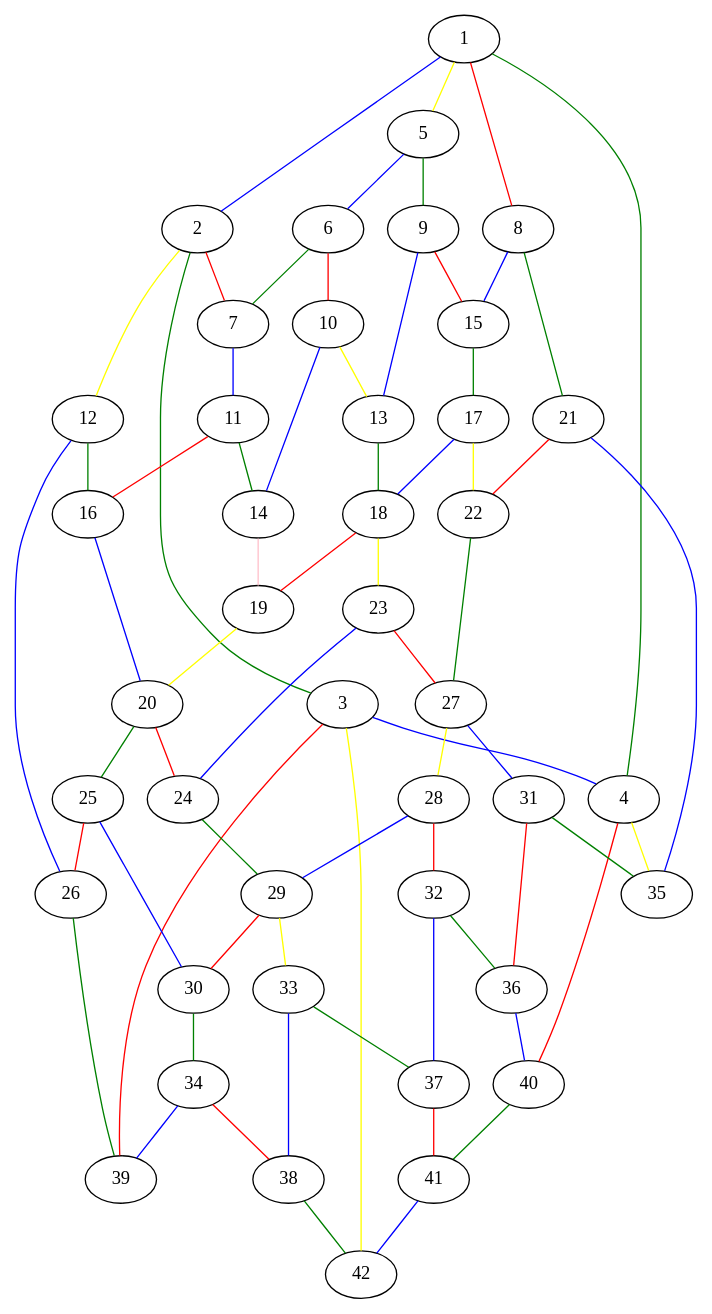
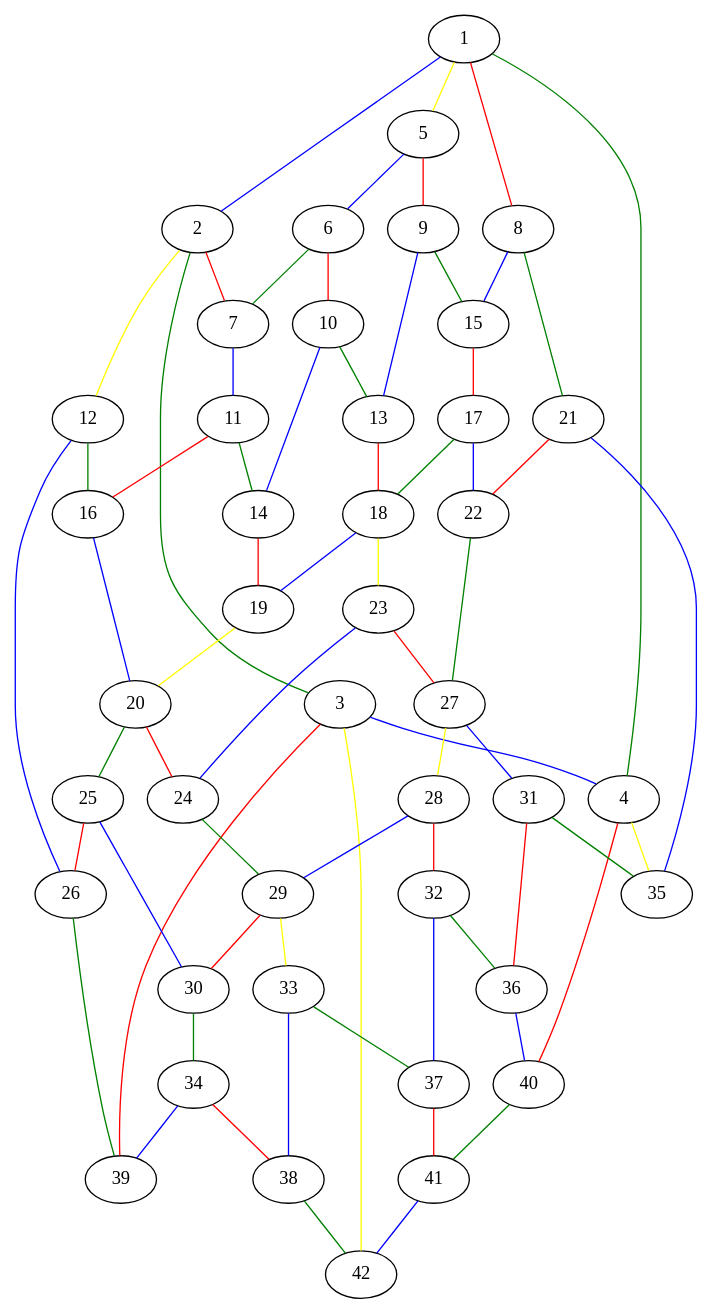
Before and after one commit to andj97/Minimalno_bojenje_grana_grafa: the diagram in solution.gv, drawn with Graphviz. The commit also changed 4 other files, not shown here.

```diff
--- a/solution.gv
+++ b/solution.gv
@@ -1,69 +1,69 @@
 graph G {
 	1 -- 2 [color=blue]
 	2 -- 3 [color=green]
 	3 -- 4 [color=blue]
 	1 -- 4 [color=green]
 	1 -- 8 [color=red]
 	1 -- 5 [color=yellow]
 	2 -- 7 [color=red]
 	2 -- 12 [color=yellow]
 	3 -- 39 [color=red]
 	3 -- 42 [color=yellow]
 	4 -- 40 [color=red]
 	4 -- 35 [color=yellow]
-	16 -- 20 [color=blue]
-	20 -- 25 [color=green]
-	27 -- 31 [color=blue]
-	22 -- 27 [color=green]
-	17 -- 18 [color=blue]
-	13 -- 18 [color=green]
-	18 -- 19 [color=red]
-	19 -- 20 [color=yellow]
-	18 -- 23 [color=yellow]
-	20 -- 24 [color=red]
-	23 -- 27 [color=red]
-	27 -- 28 [color=yellow]
-	28 -- 29 [color=blue]
-	24 -- 29 [color=green]
-	29 -- 30 [color=red]
-	29 -- 33 [color=yellow]
 	5 -- 6 [color=blue]
 	6 -- 7 [color=green]
 	12 -- 26 [color=blue]
 	26 -- 39 [color=green]
 	41 -- 42 [color=blue]
 	40 -- 41 [color=green]
 	21 -- 35 [color=blue]
 	8 -- 21 [color=green]
 	8 -- 15 [color=blue]
-	5 -- 9 [color=green]
+	5 -- 9 [color=red]
 	7 -- 11 [color=blue]
 	12 -- 16 [color=green]
 	34 -- 39 [color=blue]
 	38 -- 42 [color=green]
 	36 -- 40 [color=blue]
 	31 -- 35 [color=green]
 	6 -- 10 [color=red]
 	25 -- 26 [color=red]
 	37 -- 41 [color=red]
 	21 -- 22 [color=red]
-	17 -- 22 [color=yellow]
-	9 -- 15 [color=red]
+	17 -- 22 [color=blue]
+	9 -- 15 [color=green]
 	9 -- 13 [color=blue]
-	10 -- 13 [color=yellow]
+	10 -- 13 [color=green]
 	10 -- 14 [color=blue]
 	11 -- 14 [color=green]
 	11 -- 16 [color=red]
+	16 -- 20 [color=blue]
+	20 -- 25 [color=green]
 	25 -- 30 [color=blue]
 	30 -- 34 [color=green]
 	34 -- 38 [color=red]
 	33 -- 38 [color=blue]
 	33 -- 37 [color=green]
 	32 -- 37 [color=blue]
 	32 -- 36 [color=green]
 	31 -- 36 [color=red]
-	15 -- 17 [color=green]
-	14 -- 19 [color=pink]
+	27 -- 31 [color=blue]
+	22 -- 27 [color=green]
+	15 -- 17 [color=red]
+	17 -- 18 [color=green]
+	13 -- 18 [color=red]
+	14 -- 19 [color=red]
+	18 -- 19 [color=blue]
+	19 -- 20 [color=yellow]
+	18 -- 23 [color=yellow]
+	20 -- 24 [color=red]
+	23 -- 27 [color=red]
 	23 -- 24 [color=blue]
+	27 -- 28 [color=yellow]
+	28 -- 29 [color=blue]
+	24 -- 29 [color=green]
+	29 -- 30 [color=red]
 	28 -- 32 [color=red]
+	29 -- 33 [color=yellow]
 }
```
